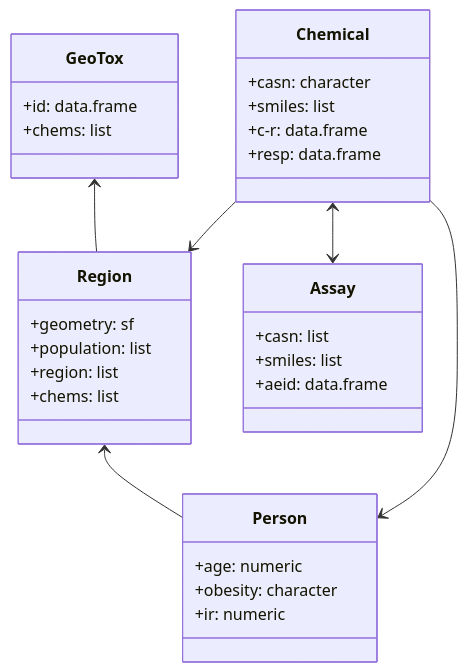
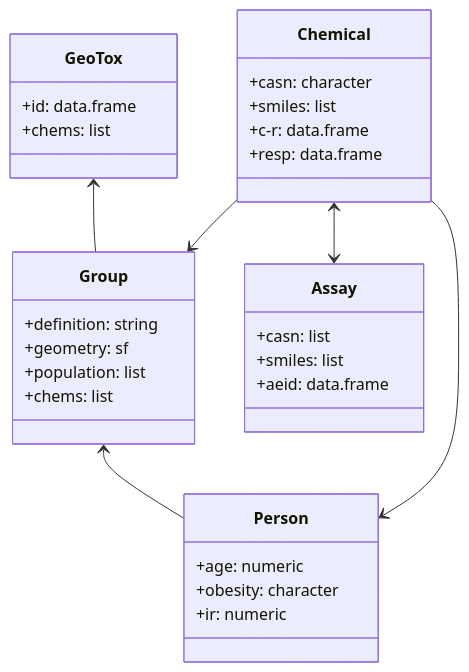
Before and after one commit to NIEHS/GeoTox: the diagram in objects.md, drawn with Mermaid.

````diff
--- a/objects.md
+++ b/objects.md
@@ -2,40 +2,40 @@
 ```mermaid
 classDiagram
     class GeoTox {
         +id: data.frame
         +chems: list
     }
   
-      class Region {
+      class Group {
+        +definition: string
         +geometry: sf
         +population: list
-        +region: list
         +chems: list
     }
 
     class Person {
         +age: numeric
         +obesity: character
         +ir: numeric
     }
 
     class Chemical {
         +casn: character
         +smiles: list
         +c-r: data.frame
         +resp: data.frame
     }
 
     class Assay {
         +casn: list
         +smiles: list
         +aeid: data.frame
     }
 
-    GeoTox <-- Region
-    Region <-- Person
+    GeoTox <-- Group
+    Group <-- Person
     Chemical <--> Assay
-    Chemical --> Region
+    Chemical --> Group
     Chemical --> Person
 
 ```
````
